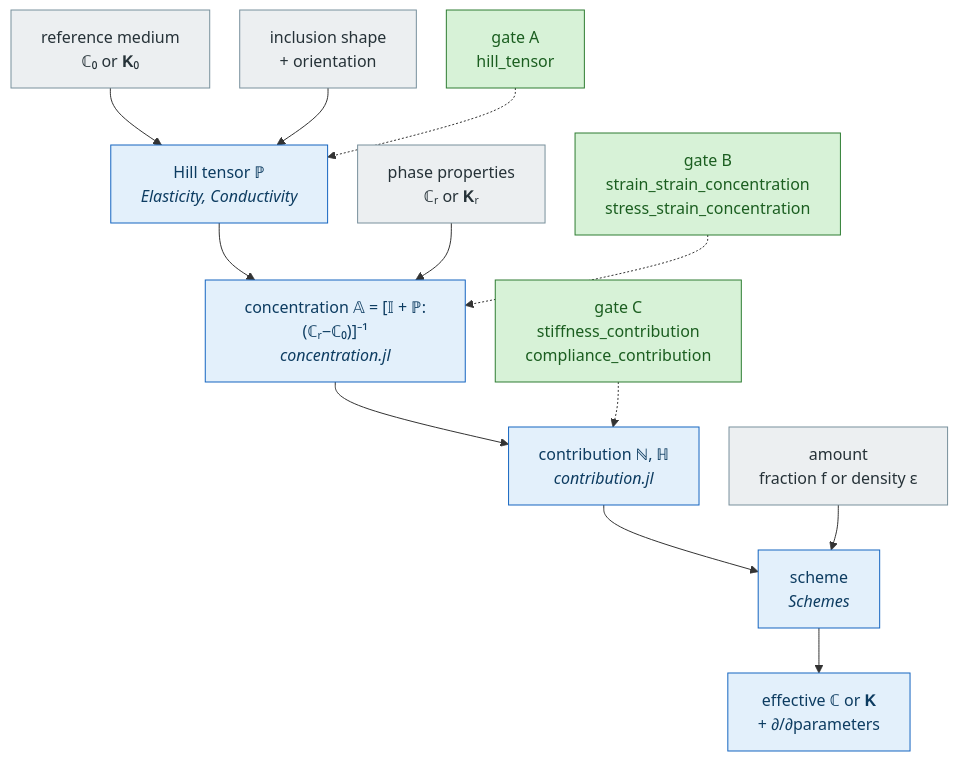
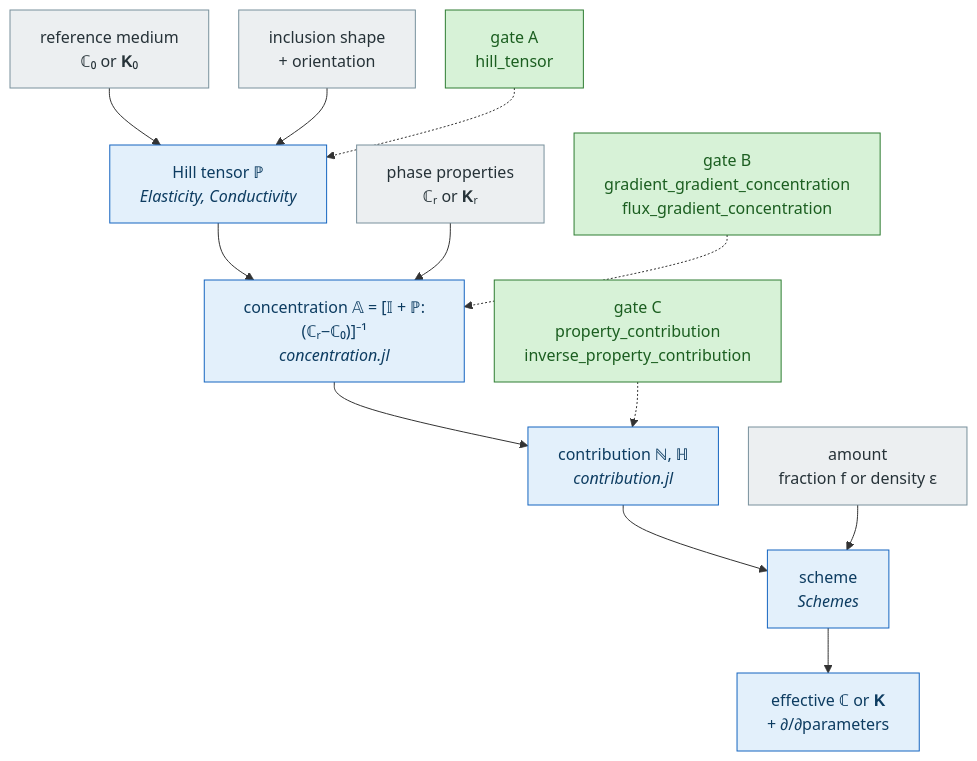
Before and after one commit to MicroPoroChemoMechanics/MeanFieldHomogenization.jl: the diagram in docs/src/theory/index.md, drawn with Mermaid. The commit also changed 169 other files, not shown here.

````diff
--- a/docs/src/theory/index.md
+++ b/docs/src/theory/index.md
@@ -42,34 +42,34 @@
 ```mermaid
 %%{init: {"flowchart": {"useMaxWidth": false, "nodeSpacing": 30, "rankSpacing": 45}} }%%
 flowchart TB
     C0["reference medium<br/>ℂ₀ or 𝐊₀"]
     SHAPE["inclusion shape<br/>+ orientation"]
     PROP["phase properties<br/>ℂᵣ or 𝐊ᵣ"]
     AMOUNT["amount<br/>fraction f or density ε"]
 
     P["Hill tensor ℙ<br/><i>Elasticity, Conductivity</i>"]
     A["concentration 𝔸 = [𝕀 + ℙ:(ℂᵣ−ℂ₀)]⁻¹<br/><i>concentration.jl</i>"]
     N["contribution ℕ, ℍ<br/><i>contribution.jl</i>"]
     S["scheme<br/><i>Schemes</i>"]
     EFF["effective ℂ or 𝐊<br/>+ ∂/∂parameters"]
 
     C0 --> P
     SHAPE --> P
     P --> A
     PROP --> A
     A --> N
     N --> S
     AMOUNT --> S
     S --> EFF
 
     GA["gate A<br/>hill_tensor"] -.-> P
-    GB["gate B<br/>strain_strain_concentration<br/>stress_strain_concentration"] -.-> A
-    GC["gate C<br/>stiffness_contribution<br/>compliance_contribution"] -.-> N
+    GB["gate B<br/>gradient_gradient_concentration<br/>flux_gradient_concentration"] -.-> A
+    GC["gate C<br/>property_contribution<br/>inverse_property_contribution"] -.-> N
 
     classDef ext fill:#d7f2d7,stroke:#2e7d32,color:#1b5e20
     classDef inbox fill:#eceff1,stroke:#78909c,color:#263238
     classDef comp fill:#e3f0fb,stroke:#1565c0,color:#0d3c61
     class C0,SHAPE,AMOUNT,PROP inbox
     class GA,GB,GC ext
     class P,A,N,S,EFF comp
 ```
````
